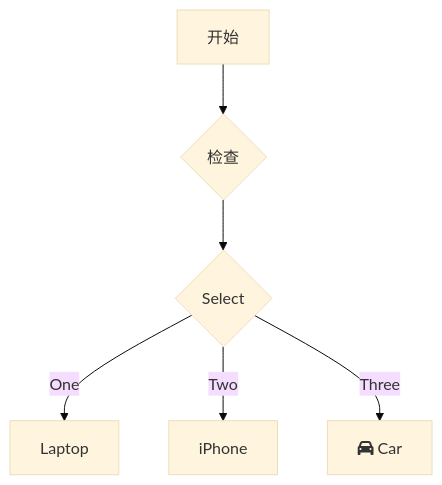
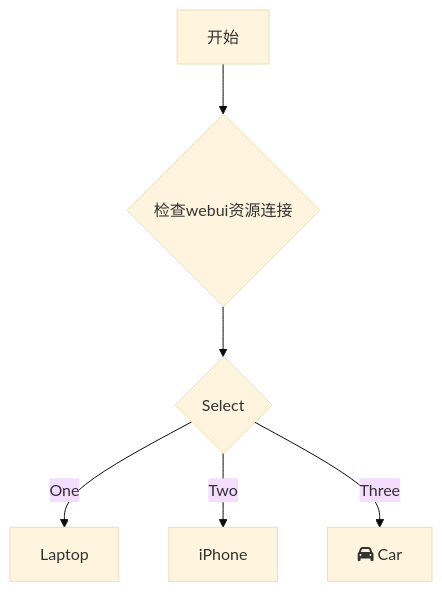
The diagram in all/未命名.md (HaleyCoder/iodraw-files), drawn with Mermaid (base theme) before and after one commit.

Commit message:
2024-08-29 14:33:58 update

````diff
--- a/all/未命名.md
+++ b/all/未命名.md
@@ -1,9 +1,9 @@
 ```mermaid
 graph TD
-    A[开始] --> B{检查}
+    A[开始] --> B{检查webui资源连接}
     B --> C{Select}
     C -->|One| D[Laptop]
     C -->|Two| E[iPhone]
     C -->|Three| F[fa:fa-car Car]
   
 ```
````
